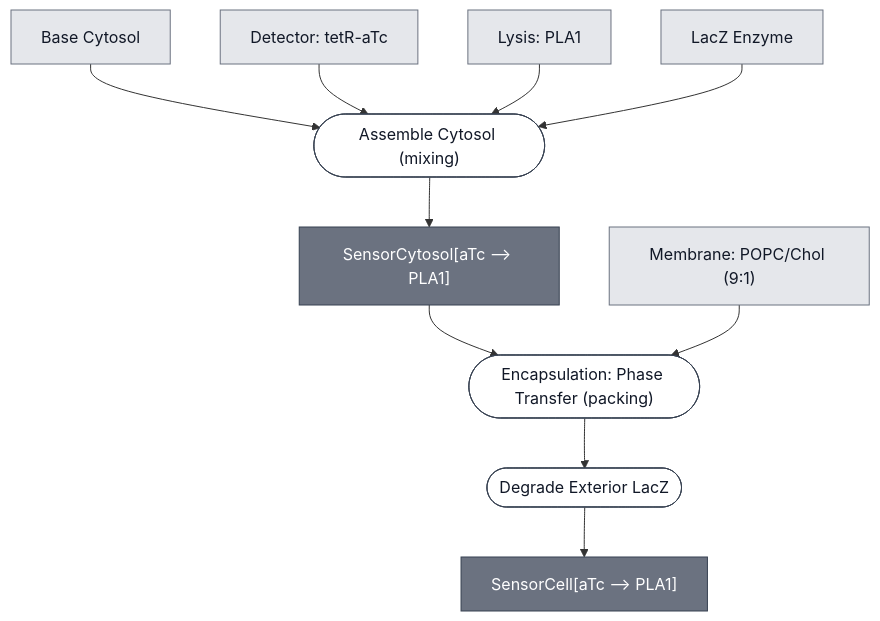
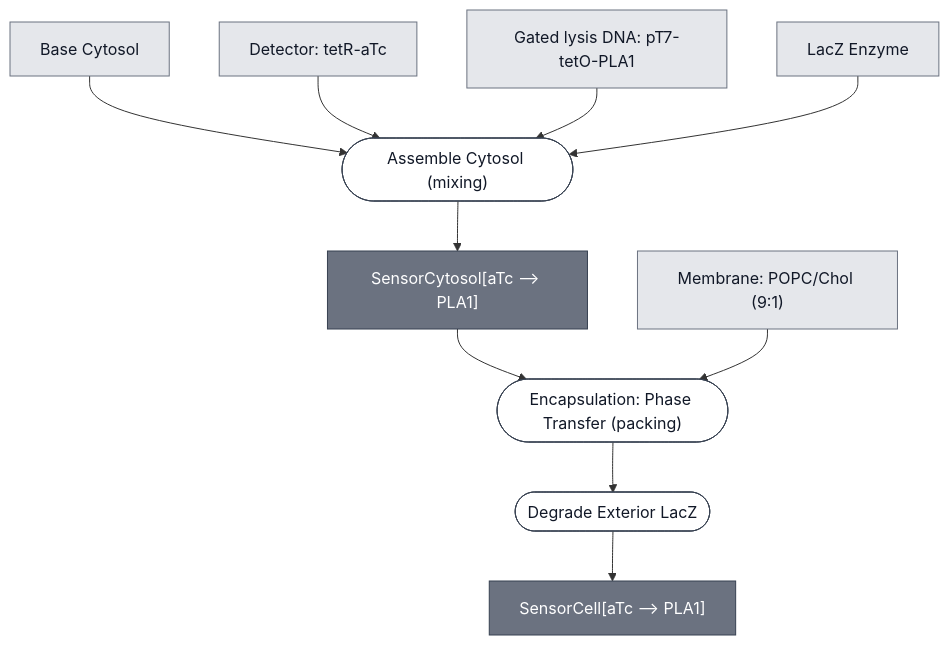
One commit to nucleus-eng/nucleus-docs changed the diagram in docs/modules/atc-sensing-cell/spec.md. Above: the diagram before and after it, drawn with Mermaid. The commit also changed 22 other files, not shown here.

````diff
--- a/docs/modules/atc-sensing-cell/spec.md
+++ b/docs/modules/atc-sensing-cell/spec.md
@@ -37,44 +37,43 @@
 ```mermaid
 flowchart TD
     BASE_CYTOSOL["Base Cytosol"]
     DETECTOR_TETR_ATC["Detector: tetR-aTc"]
-    EFFECTOR_PLA1["Lysis: PLA1"]
+    EFFECTOR_PLA1_TETO["Gated lysis DNA: pT7-tetO-PLA1"]
     REPORTER_LACZ_ENZYME["LacZ Enzyme"]
     MEMBRANE_CHICAGO["Membrane: POPC/Chol (9:1)"]
 
     P1_ASSEMBLE_CYTOSOL_0(["Assemble Cytosol (mixing)"])
     ATC_SENSOR_CYTOSOL["SensorCytosol[aTc ⟶ PLA1]"]
     P2_ENCAPSULATE_0(["Encapsulation: Phase Transfer (packing)"])
     P2_ENCAPSULATE_1(["Degrade Exterior LacZ"])
     ATC_SENSING_CELL["SensorCell[aTc ⟶ PLA1]"]
 
     BASE_CYTOSOL --> P1_ASSEMBLE_CYTOSOL_0
     DETECTOR_TETR_ATC --> P1_ASSEMBLE_CYTOSOL_0
-    EFFECTOR_PLA1 --> P1_ASSEMBLE_CYTOSOL_0
+    EFFECTOR_PLA1_TETO --> P1_ASSEMBLE_CYTOSOL_0
     REPORTER_LACZ_ENZYME --> P1_ASSEMBLE_CYTOSOL_0
     P1_ASSEMBLE_CYTOSOL_0 --> ATC_SENSOR_CYTOSOL
 
     ATC_SENSOR_CYTOSOL --> P2_ENCAPSULATE_0
     MEMBRANE_CHICAGO --> P2_ENCAPSULATE_0
     P2_ENCAPSULATE_0 --> P2_ENCAPSULATE_1
     P2_ENCAPSULATE_1 --> ATC_SENSING_CELL
 
 
     classDef leaf     fill:#e5e7eb,stroke:#6b7280,color:#111827;
     classDef composed fill:#6b7280,stroke:#374151,color:#ffffff;
     classDef process  fill:#ffffff,stroke:#374151,color:#111827;
-    class BASE_CYTOSOL,DETECTOR_TETR_ATC,EFFECTOR_PLA1,REPORTER_LACZ_ENZYME,MEMBRANE_CHICAGO leaf;
+    class BASE_CYTOSOL,DETECTOR_TETR_ATC,EFFECTOR_PLA1_TETO,REPORTER_LACZ_ENZYME,MEMBRANE_CHICAGO leaf;
     class ATC_SENSOR_CYTOSOL,ATC_SENSING_CELL composed;
     class P1_ASSEMBLE_CYTOSOL_0,P2_ENCAPSULATE_0,P2_ENCAPSULATE_1 process;
 
     click BASE_CYTOSOL "/docs/modules/base-cytosol/spec"
     click DETECTOR_TETR_ATC "/docs/modules/detector-tetr-atc/spec"
-    click EFFECTOR_PLA1 "/docs/modules/effector-pla1/spec"
     click REPORTER_LACZ_ENZYME "/docs/modules/reporter-lacz-enzyme/spec"
     click MEMBRANE_CHICAGO "/docs/modules/membrane-popc-chol-9-1/spec"
     click P1_ASSEMBLE_CYTOSOL_0 "/docs/processes/assemble-cytosol/assemble-cytosol-main"
     click ATC_SENSOR_CYTOSOL "/docs/modules/atc-sensor-cytosol/spec"
     click P2_ENCAPSULATE_0 "/docs/processes/assemble-base-cell/main"
     click P2_ENCAPSULATE_1 "/docs/processes/degrade-exterior-lacz/main"
     click ATC_SENSING_CELL "/docs/modules/atc-sensing-cell/spec"
 ```
````
